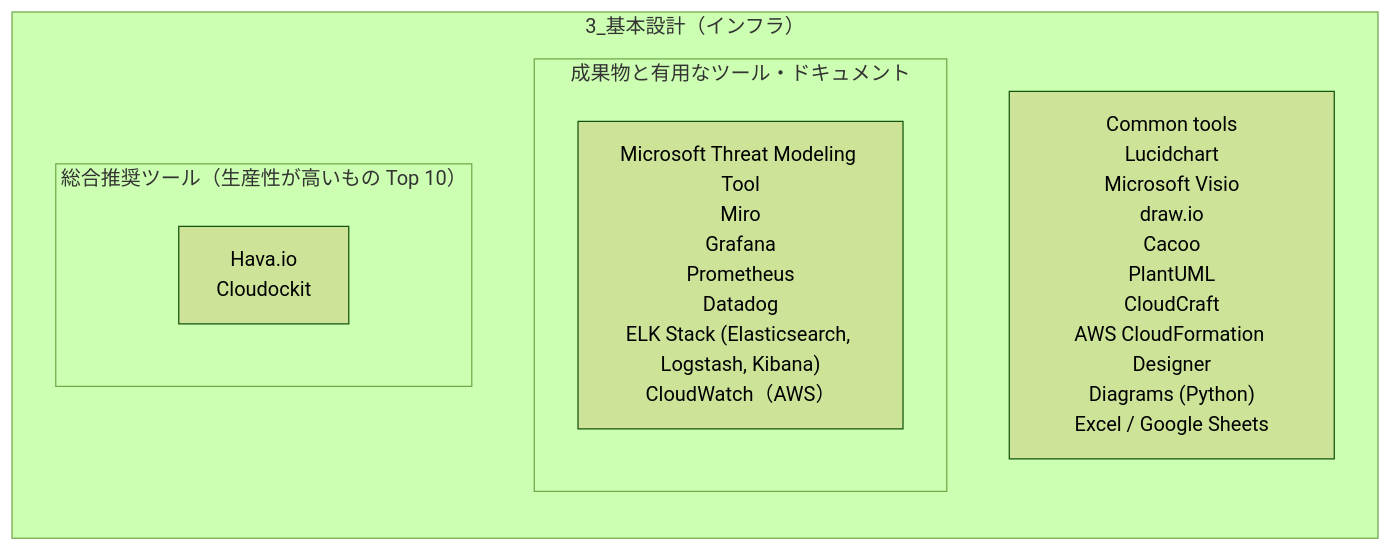
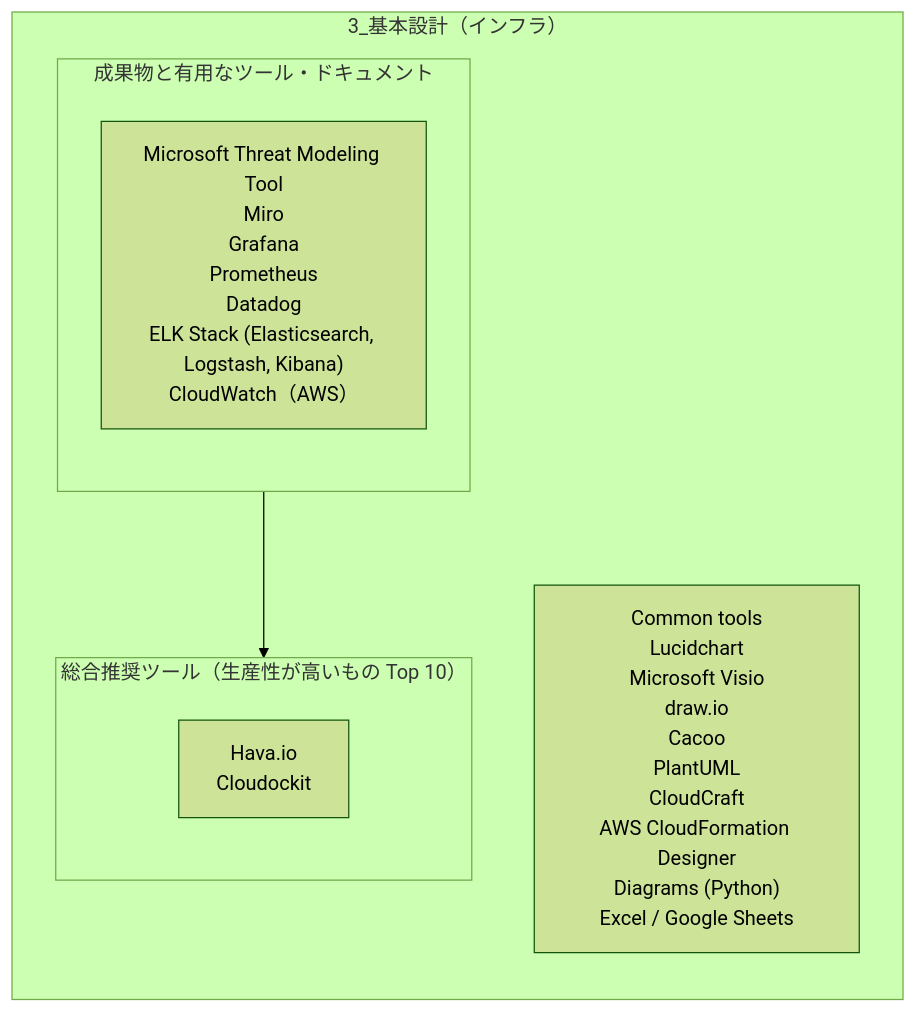
Before and after one commit to infinith4/dev-moderndev: the fifth of 13 diagrams in docs/dev_process_mermaid.md, drawn with Mermaid (forest theme). The commit also changed other lines of this file, not shown here.

````diff
--- a/docs/dev_process_mermaid.md
+++ b/docs/dev_process_mermaid.md
@@ -115,16 +135,17 @@
 ```mermaid
 %%{init: {'flowchart': {'htmlLabels': true}}}%%
 flowchart TB
     subgraph P4[3_基本設計（インフラ）]
         direction TB
         P4_common["Common tools<br/>Lucidchart<br/>Microsoft Visio<br/>draw.io<br/>Cacoo<br/>PlantUML<br/>CloudCraft<br/>AWS CloudFormation Designer<br/>Diagrams (Python)<br/>Excel / Google Sheets"]
         subgraph P4s1[成果物と有用なツール・ドキュメント]
             direction TB
             P4s1_t["Microsoft Threat Modeling Tool<br/>Miro<br/>Grafana<br/>Prometheus<br/>Datadog<br/>ELK Stack (Elasticsearch, Logstash, Kibana)<br/>CloudWatch（AWS）"]
         end
         subgraph P4s2[総合推奨ツール（生産性が高いもの Top 10）]
             direction TB
             P4s2_t["Hava.io<br/>Cloudockit"]
         end
+        P4s1 --> P4s2
     end
 ```
````
